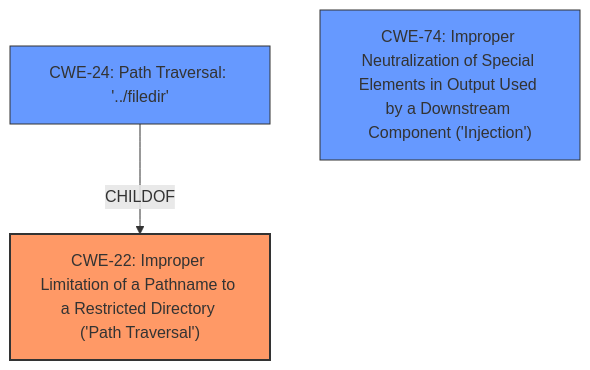
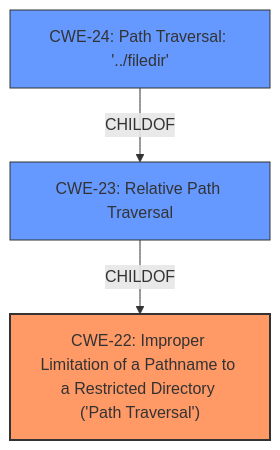
One commit to CyberSecAI/cwe_agent_assign_reports_2023 changed the diagram in CVE-2021-42013/CVE-2021-42013_analysis.md. Above: the diagram before and after it, drawn with Mermaid. The commit also changed other lines of this file and 902 other files, not shown here.

````diff
--- a/CVE-2021-42013/CVE-2021-42013_analysis.md
+++ b/CVE-2021-42013/CVE-2021-42013_analysis.md
@@ -18,13 +17,14 @@
 ```mermaid
 graph TD
     cwe22["CWE-22: Improper Limitation of a Pathname to a Restricted Directory ('Path Traversal')"]
+    cwe23["CWE-23: Relative Path Traversal"]
     cwe24["CWE-24: Path Traversal: '../filedir'"]
-    cwe74["CWE-74: Improper Neutralization of Special Elements in Output Used by a Downstream Component ('Injection')"]
-
-    cwe24 -->|CHILDOF| cwe22
-
+    
+    cwe23 -->|CHILDOF| cwe22
+    cwe24 -->|CHILDOF| cwe23
+    
     classDef primary fill:#f96,stroke:#333,stroke-width:2px
     classDef secondary fill:#69f,stroke:#333
     class cwe22 primary
-    class cwe24,cwe74 secondary
+    class cwe23,cwe24 secondary
 ```
````
